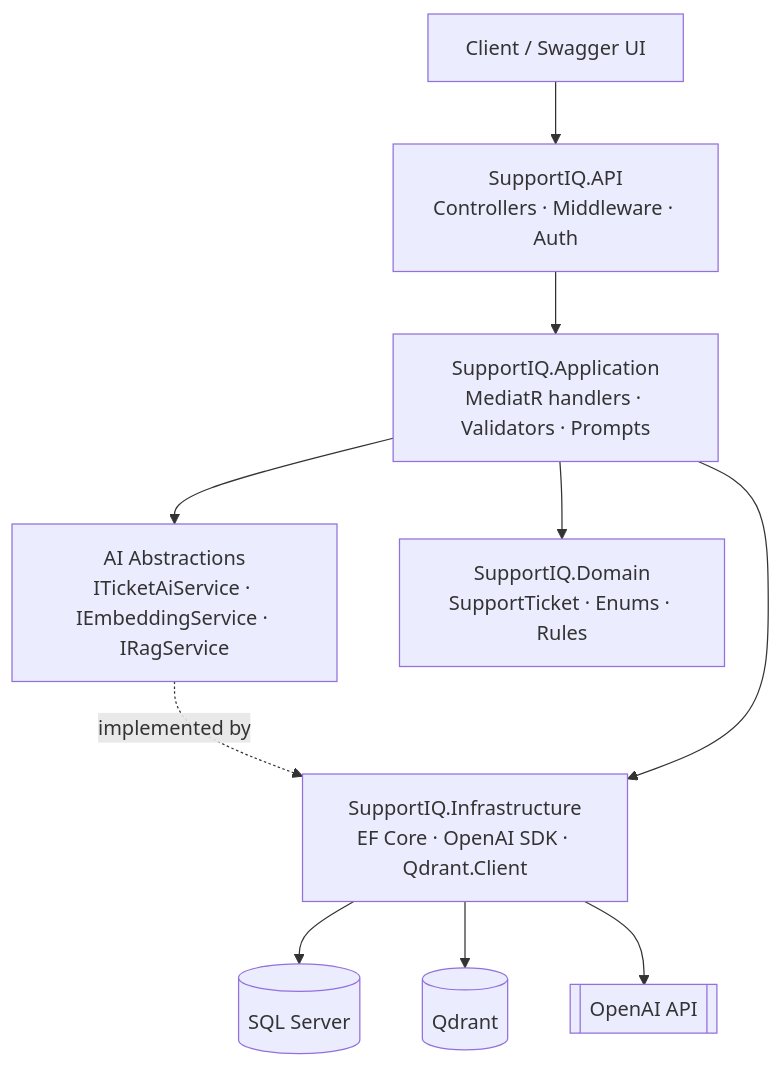
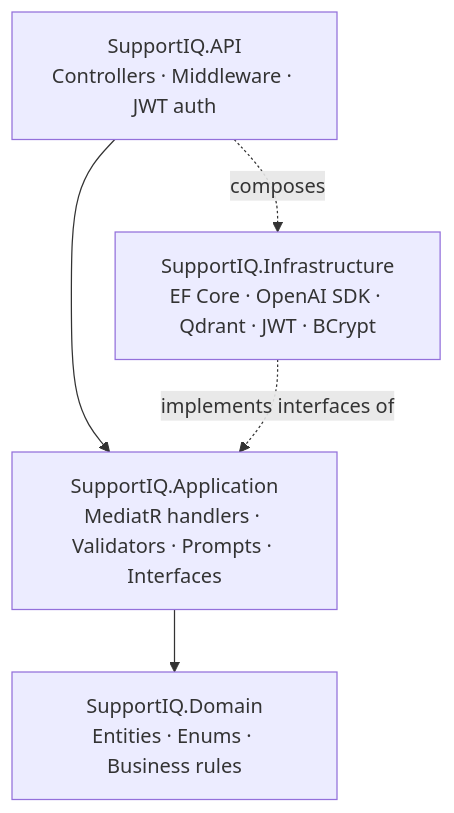
Before and after one commit to sachinthacham/AI-Powered-Customer-Support: the second of 4 diagrams in README.md, drawn with Mermaid. The commit also changed other lines of this file, not shown here.

````diff
--- a/README.md
+++ b/README.md
@@ -48,21 +111,12 @@
 ```mermaid
 flowchart TD
-    Client["Client / Swagger UI"]
-    API["SupportIQ.API<br/>Controllers · Middleware · Auth"]
-    App["SupportIQ.Application<br/>MediatR handlers · Validators · Prompts"]
-    AIAbs["AI Abstractions<br/>ITicketAiService · IEmbeddingService · IRagService"]
-    Infra["SupportIQ.Infrastructure<br/>EF Core · OpenAI SDK · Qdrant.Client"]
-    Domain["SupportIQ.Domain<br/>SupportTicket · Enums · Rules"]
-    SQL[(SQL Server)]
-    Qdrant[(Qdrant)]
-    OpenAI[["OpenAI API"]]
+    API["SupportIQ.API<br/>Controllers · Middleware · JWT auth"]
+    App["SupportIQ.Application<br/>MediatR handlers · Validators · Prompts · Interfaces"]
+    Domain["SupportIQ.Domain<br/>Entities · Enums · Business rules"]
+    Infra["SupportIQ.Infrastructure<br/>EF Core · OpenAI SDK · Qdrant · JWT · BCrypt"]
 
-    Client --> API --> App
+    API --> App
     App --> Domain
-    App --> AIAbs
-    AIAbs -. implemented by .-> Infra
-    App --> Infra
-    Infra --> SQL
-    Infra --> Qdrant
-    Infra --> OpenAI
+    Infra -. implements interfaces of .-> App
+    API -. composes .-> Infra
 ```
````
